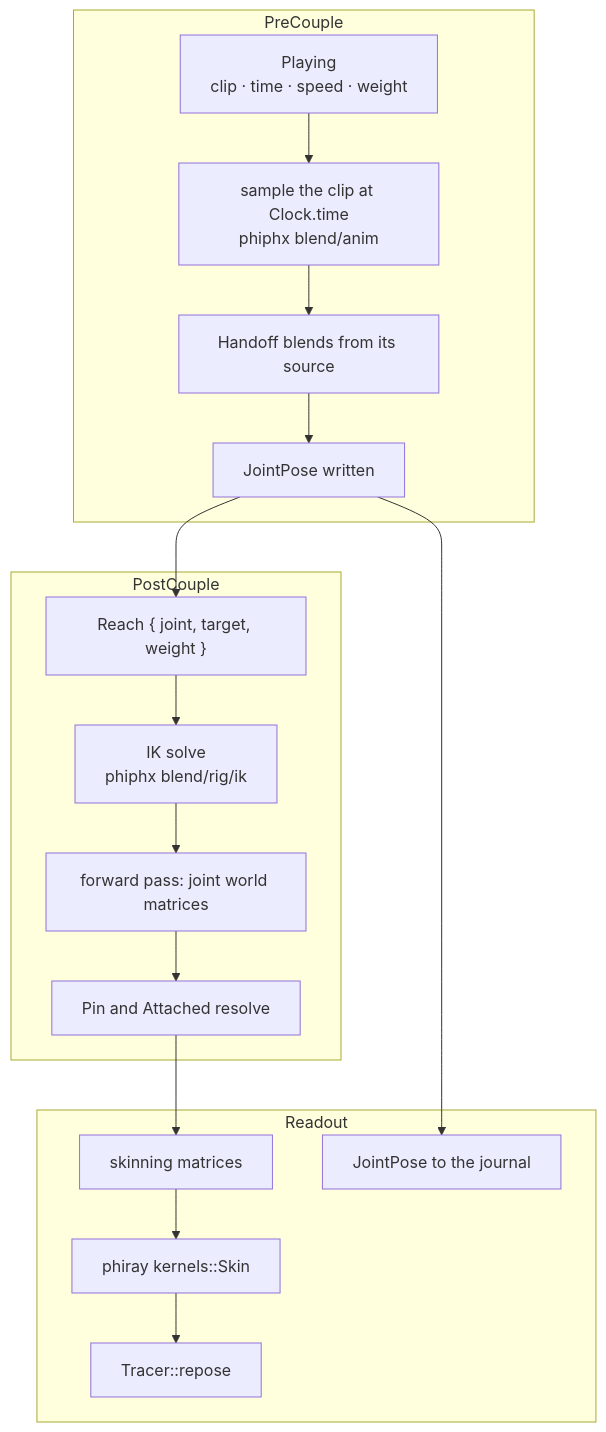
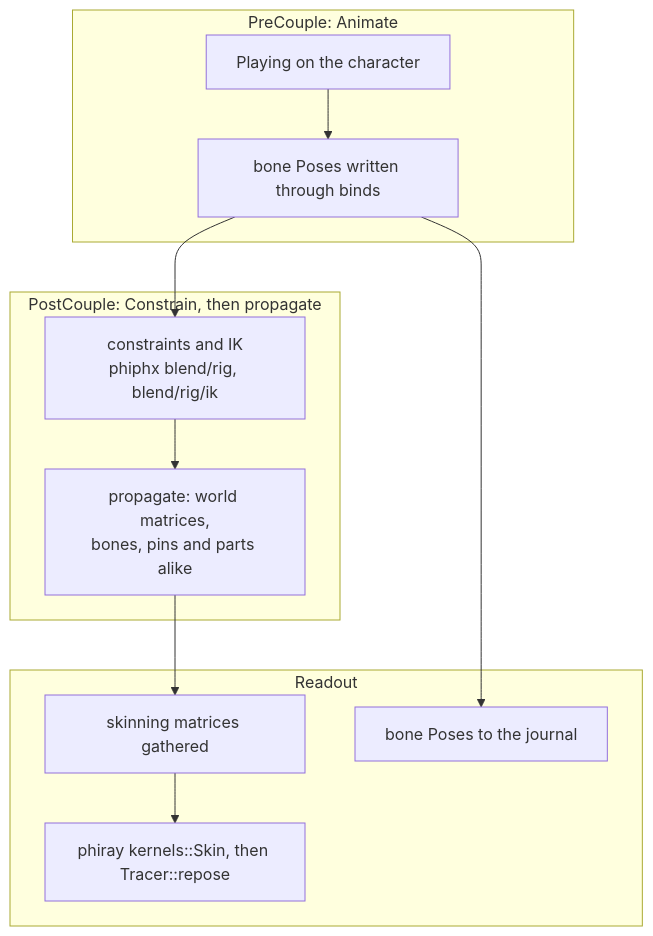
Before and after one commit to gemphi/phikit: the second of 4 diagrams in crates/phicore/phiecs/docs/character.md, drawn with Mermaid. The commit also changed other lines of this file and 21 other files, not shown here.

````diff
--- a/crates/phicore/phiecs/docs/character.md
+++ b/crates/phicore/phiecs/docs/character.md
@@ -35,23 +33,18 @@
 ```mermaid
 graph TB
-    subgraph pre["PreCouple"]
-        p_play["Playing<br/>clip · time · speed · weight"]
-        p_sample["sample the clip at Clock.time<br/>phiphx blend/anim"]
-        p_hand["Handoff blends from its source"]
-        p_write["JointPose written"]
+    subgraph pre["PreCouple: Animate"]
+        p_play["Playing on the character"]
+        p_write["bone Poses written through binds"]
     end
-    subgraph post["PostCouple"]
-        q_reach["Reach { joint, target, weight }"]
-        q_ik["IK solve<br/>phiphx blend/rig/ik"]
-        q_fk["forward pass: joint world matrices"]
-        q_pin["Pin and Attached resolve"]
+    subgraph post["PostCouple: Constrain, then propagate"]
+        q_ik["constraints and IK<br/>phiphx blend/rig, blend/rig/ik"]
+        q_prop["propagate: world matrices,<br/>bones, pins and parts alike"]
     end
     subgraph read["Readout"]
-        r_skin["skinning matrices"]
-        r_gpu["phiray kernels::Skin"]
-        r_repose["Tracer::repose"]
-        r_row["JointPose to the journal"]
+        r_skin["skinning matrices gathered"]
+        r_gpu["phiray kernels::Skin, then Tracer::repose"]
+        r_row["bone Poses to the journal"]
     end
-    p_play --> p_sample --> p_hand --> p_write --> q_reach --> q_ik --> q_fk --> q_pin --> r_skin --> r_gpu --> r_repose
+    p_play --> p_write --> q_ik --> q_prop --> r_skin --> r_gpu
     p_write --> r_row
 ```
````
